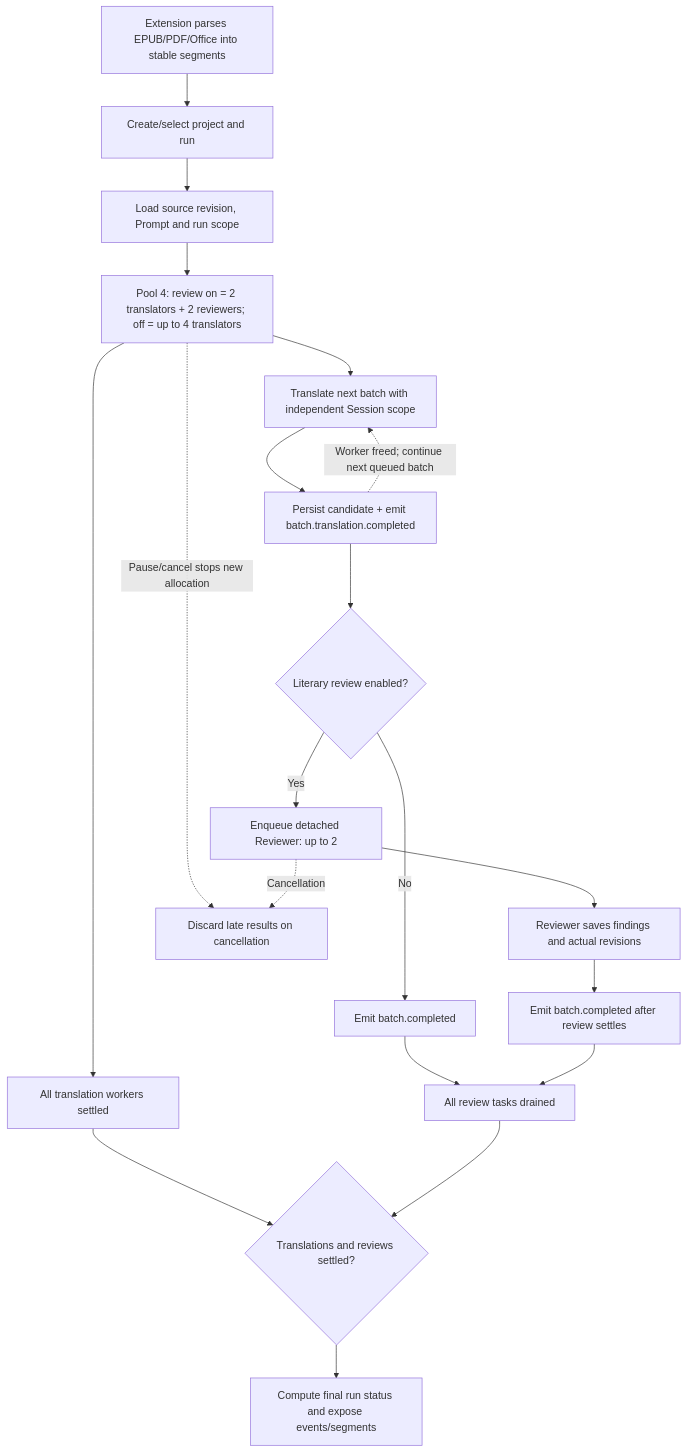
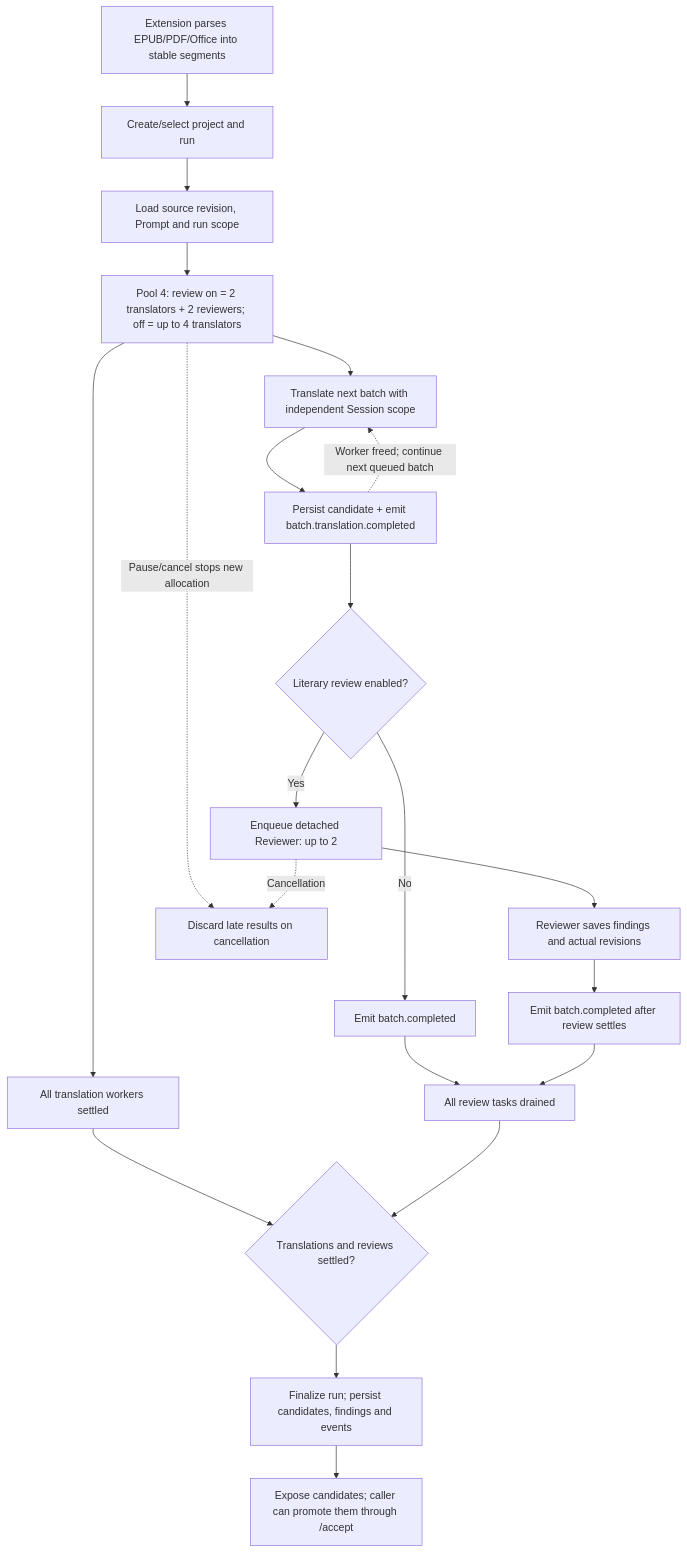
One commit to devweekly/vocal-saga changed the fourth of 4 diagrams in README.md. Above: the diagram before and after it, drawn with Mermaid.

Commit message:
docs: clarify terminal run and candidate acceptance flow

````diff
--- a/README.md
+++ b/README.md
@@ -121,22 +121,23 @@
 ```mermaid
 flowchart TD
     A[Extension parses EPUB/PDF/Office into stable segments] --> B[Create/select project and run]
     B --> C[Load source revision, Prompt and run scope]
     C --> D[Pool 4: review on = 2 translators + 2 reviewers; off = up to 4 translators]
     D --> E[Translate next batch with independent Session scope]
     E --> F[Persist candidate + emit batch.translation.completed]
     F --> G{Literary review enabled?}
     G -- No --> H[Emit batch.completed]
     G -- Yes --> I[Enqueue detached Reviewer: up to 2]
     I --> J[Reviewer saves findings and actual revisions]
     J --> K[Emit batch.completed after review settles]
     F -. Worker freed; continue next queued batch .-> E
     D --> L[All translation workers settled]
     H --> M[All review tasks drained]
     K --> M
     L --> N{Translations and reviews settled?}
     M --> N
-    N --> O[Compute final run status and expose events/segments]
+    N --> O[Finalize run; persist candidates, findings and events]
+    O --> Q[Expose candidates; caller can promote them through /accept]
     D -. Pause/cancel stops new allocation .-> P[Discard late results on cancellation]
     I -. Cancellation .-> P
 ```
````
